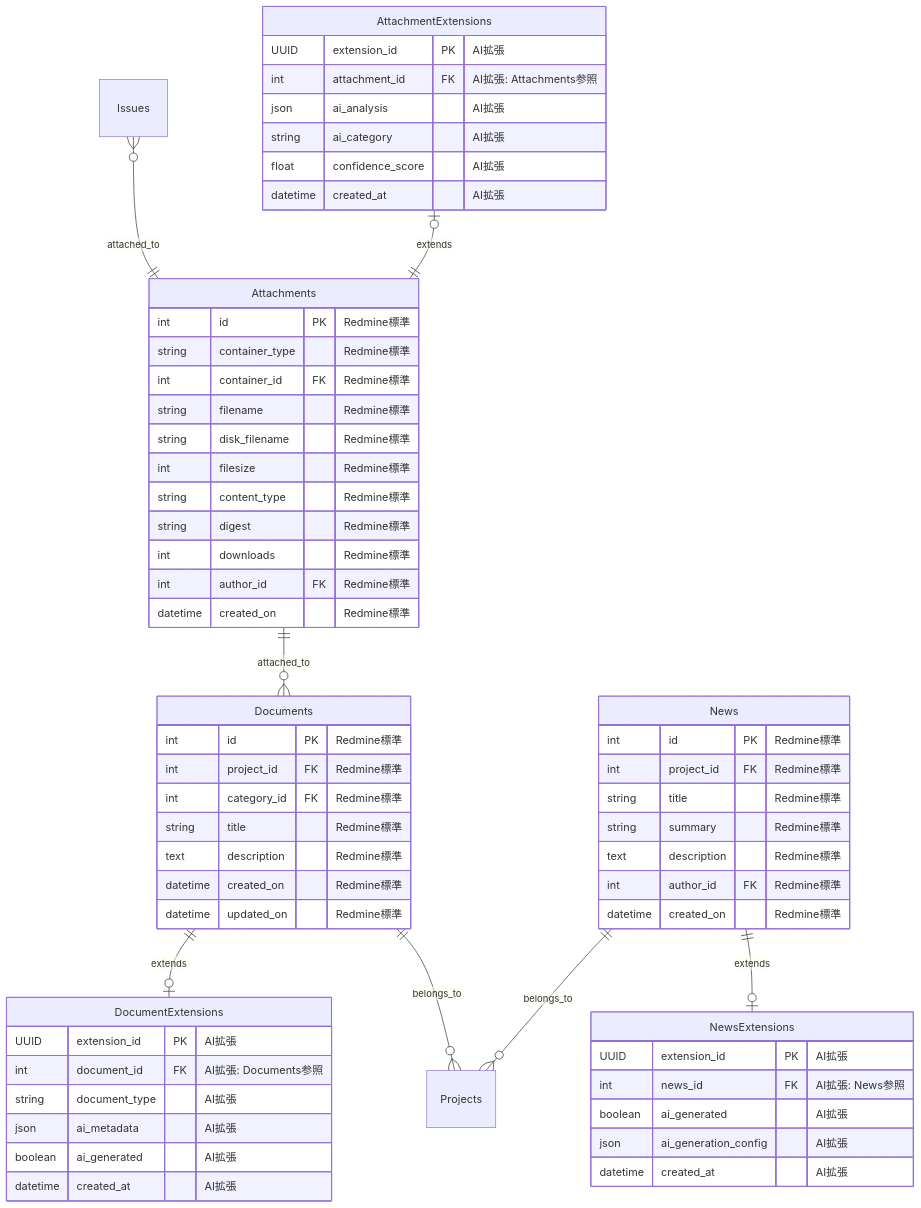
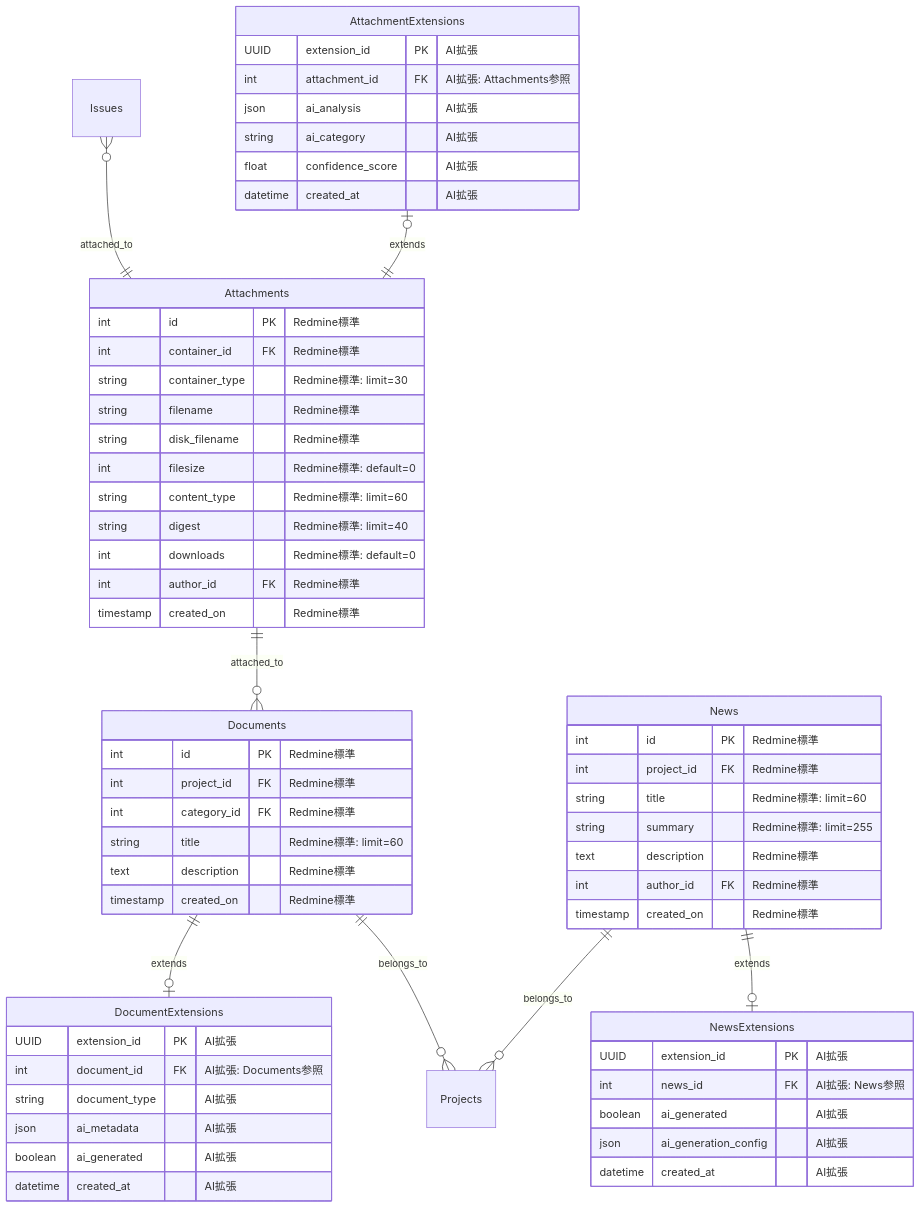
One commit to daichiTAAA/AgentOpsPlatform changed the fourth of 15 diagrams in docs/030000_設計/035000_データ設計/035010_ER図.md. Above: the diagram before and after it, drawn with Mermaid. The commit also changed other lines of this file, not shown here.

````diff
--- a/docs/030000_設計/035000_データ設計/035010_ER図.md
+++ b/docs/030000_設計/035000_データ設計/035010_ER図.md
@@ -326,73 +325,72 @@
 ```mermaid
 erDiagram
     %% Redmine標準テーブル（変更なし）
     Attachments {
         int id PK "Redmine標準"
-        string container_type "Redmine標準"
         int container_id FK "Redmine標準"
+        string container_type "Redmine標準: limit=30"
         string filename "Redmine標準"
         string disk_filename "Redmine標準"
-        int filesize "Redmine標準"
-        string content_type "Redmine標準"
-        string digest "Redmine標準"
-        int downloads "Redmine標準"
+        int filesize "Redmine標準: default=0"
+        string content_type "Redmine標準: limit=60"
+        string digest "Redmine標準: limit=40"
+        int downloads "Redmine標準: default=0"
         int author_id FK "Redmine標準"
-        datetime created_on "Redmine標準"
+        timestamp created_on "Redmine標準"
     }
     
     Documents {
         int id PK "Redmine標準"
         int project_id FK "Redmine標準"
         int category_id FK "Redmine標準"
-        string title "Redmine標準"
+        string title "Redmine標準: limit=60"
         text description "Redmine標準"
-        datetime created_on "Redmine標準"
-        datetime updated_on "Redmine標準"
+        timestamp created_on "Redmine標準"
     }
     
     News {
         int id PK "Redmine標準"
         int project_id FK "Redmine標準"
-        string title "Redmine標準"
-        string summary "Redmine標準"
+        string title "Redmine標準: limit=60"
+        string summary "Redmine標準: limit=255"
         text description "Redmine標準"
         int author_id FK "Redmine標準"
-        datetime created_on "Redmine標準"
+        timestamp created_on "Redmine標準"
     }
     
     %% AI拡張テーブル（新規追加）
     AttachmentExtensions {
         UUID extension_id PK "AI拡張"
         int attachment_id FK "AI拡張: Attachments参照"
         json ai_analysis "AI拡張"
         string ai_category "AI拡張"
         float confidence_score "AI拡張"
         datetime created_at "AI拡張"
     }
     
     DocumentExtensions {
         UUID extension_id PK "AI拡張"
         int document_id FK "AI拡張: Documents参照"
         string document_type "AI拡張"
         json ai_metadata "AI拡張"
         boolean ai_generated "AI拡張"
         datetime created_at "AI拡張"
     }
     
     NewsExtensions {
         UUID extension_id PK "AI拡張"
         int news_id FK "AI拡張: News参照"
         boolean ai_generated "AI拡張"
         json ai_generation_config "AI拡張"
         datetime created_at "AI拡張"
     }
     
     %% 関係性
     Issues }o--|| Attachments : attached_to
     AttachmentExtensions |o--|| Attachments : extends
     Documents ||--o| DocumentExtensions : extends
     News ||--o| NewsExtensions : extends
     Attachments ||--o{ Documents : attached_to
     Documents ||--o{ Projects : belongs_to
     News ||--o{ Projects : belongs_to
 ```
````
